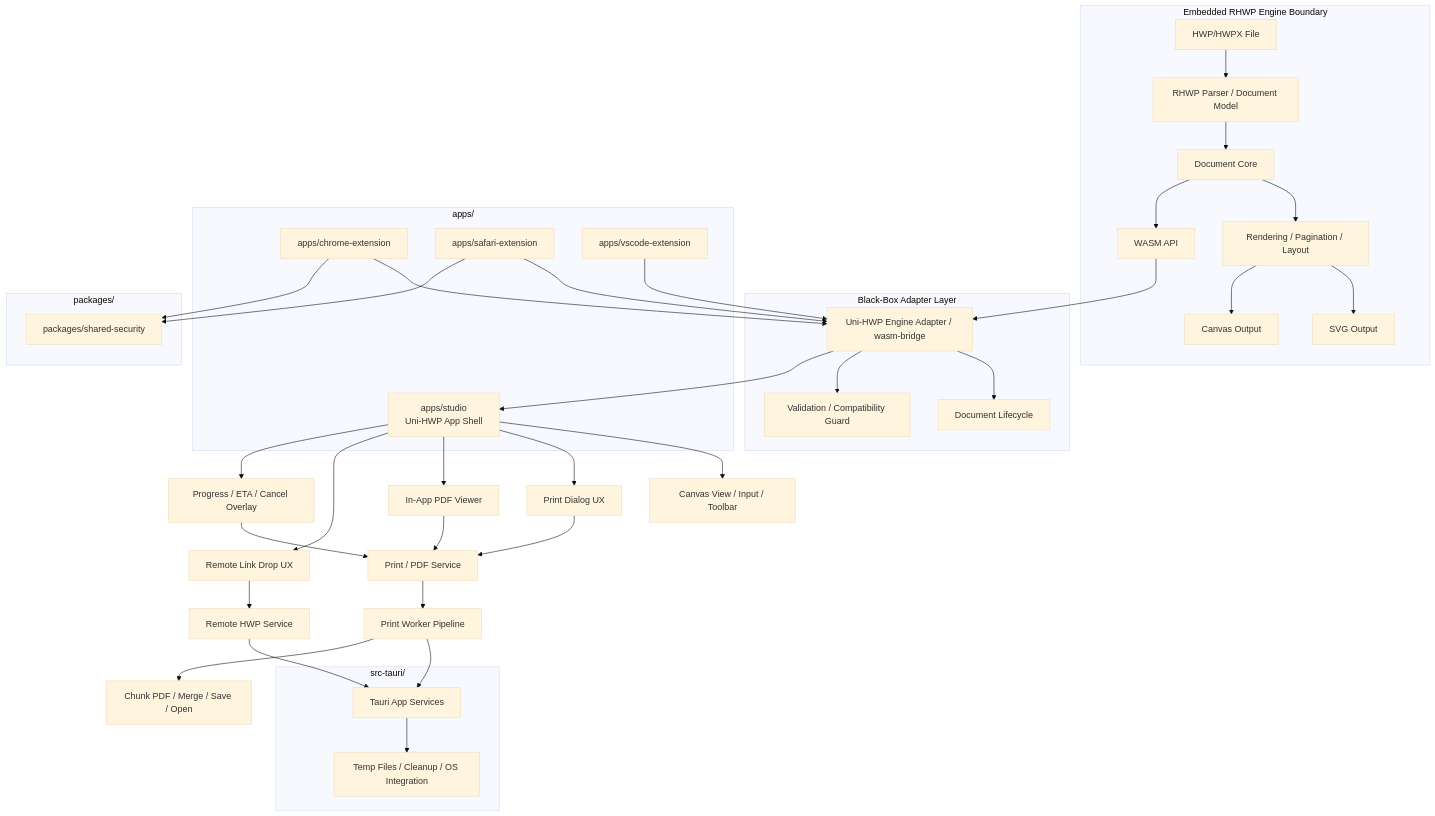
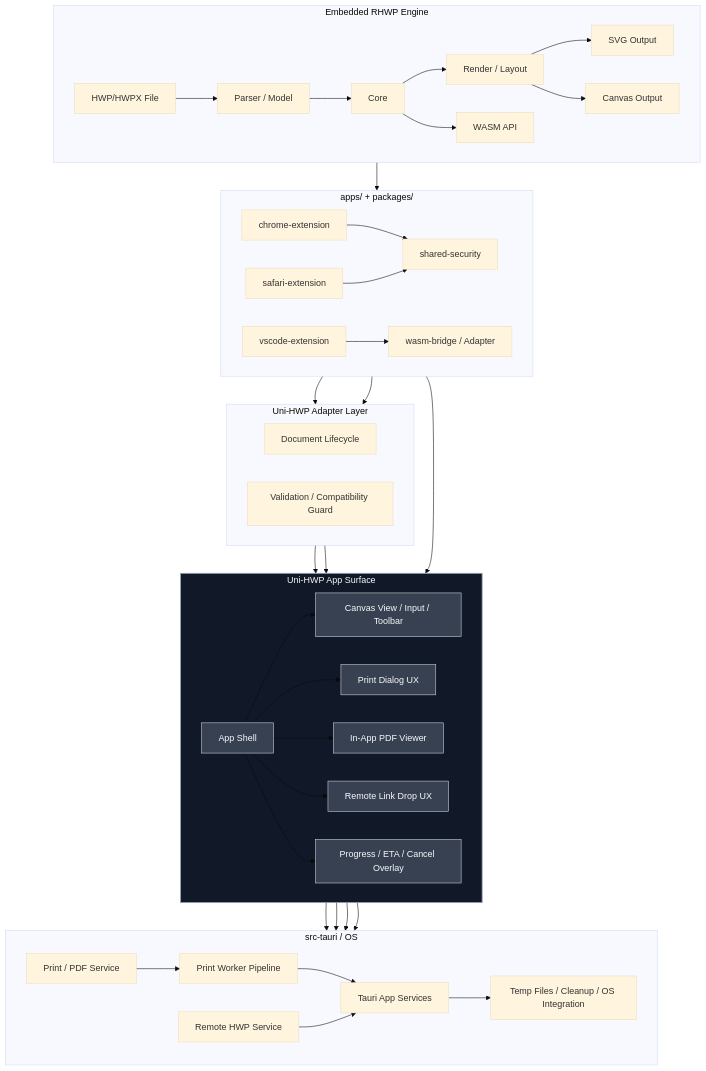
Before and after one commit to seonzzang/uni-hwp: the diagram in README.md, drawn with Mermaid (base theme). The commit also changed other lines of this file and 5 other files, not shown here.

Commit message:
docs: align versioning and architecture notes

````diff
--- a/README.md
+++ b/README.md
@@ -113,57 +150,50 @@
 ```mermaid
-graph TB
-    subgraph EngineBoundary["Embedded RHWP Engine Boundary"]
-        HWP["HWP/HWPX File"] --> Engine["RHWP Parser / Document Model"]
-        Engine --> Core["Document Core"]
-        Core --> Render["Rendering / Pagination / Layout"]
-        Render --> SVG["SVG Output"]
-        Render --> Canvas["Canvas Output"]
-        Core --> WASM["WASM API"]
-    end
+flowchart TB
+  subgraph Engine["Embedded RHWP Engine"]
+    direction LR
+    F["HWP/HWPX File"] --> P["Parser / Model"] --> C["Core"] --> R["Render / Layout"]
+    C --> W["WASM API"]
+    R --> S["SVG Output"]
+    R --> A["Canvas Output"]
+  end
 
-    subgraph AdapterLayer["Black-Box Adapter Layer"]
-        WASM --> Adapter["Uni-HWP Engine Adapter / wasm-bridge"]
-        Adapter --> Lifecycle["Document Lifecycle"]
-        Adapter --> Validation["Validation / Compatibility Guard"]
-    end
+  subgraph Extensions["apps/ + packages/"]
+    direction LR
+    CH["chrome-extension"] --> SEC["shared-security"]
+    SA["safari-extension"] --> SEC
+    VS["vscode-extension"] --> X
+  end
 
-    subgraph Apps["apps/"]
-        Studio["apps/studio<br/>Uni-HWP App Shell"]
-        Chrome["apps/chrome-extension"]
-        Safari["apps/safari-extension"]
-        VSCode["apps/vscode-extension"]
-    end
+  subgraph Bridge["Uni-HWP Adapter Layer"]
+    direction LR
+    W --> X["wasm-bridge / Adapter"] --> L["Document Lifecycle"]
+    X --> V["Validation / Compatibility Guard"]
+  end
 
-    subgraph Packages["packages/"]
-        Security["packages/shared-security"]
-    end
+  subgraph Surface["Uni-HWP App Surface"]
+    direction LR
+    SH["App Shell"] --> VU["Canvas View / Input / Toolbar"]
+    SH --> PD["Print Dialog UX"]
+    SH --> PV["In-App PDF Viewer"]
+    SH --> RL["Remote Link Drop UX"]
+    SH --> ET["Progress / ETA / Cancel Overlay"]
+  end
 
-    subgraph Desktop["src-tauri/"]
-        Tauri["Tauri App Services"]
-        OS["Temp Files / Cleanup / OS Integration"]
-    end
+  subgraph Desktop["src-tauri / OS"]
+    direction LR
+    PD --> PS["Print / PDF Service"] --> PW["Print Worker Pipeline"] --> T["Tauri App Services"] --> O["Temp Files / Cleanup / OS Integration"]
+    PV --> PS
+    ET --> PS
+    RL --> RH["Remote HWP Service"] --> T
+  end
 
-    Adapter --> Studio
-    Studio --> View["Canvas View / Input / Toolbar"]
-    Studio --> PrintDialog["Print Dialog UX"]
-    Studio --> PDFViewer["In-App PDF Viewer"]
-    Studio --> LinkDrop["Remote Link Drop UX"]
-    Studio --> Progress["Progress / ETA / Cancel Overlay"]
+  X --> SH
+  L --> SH
+  V --> SH
 
-    Chrome --> Adapter
-    Safari --> Adapter
-    VSCode --> Adapter
-    Chrome --> Security
-    Safari --> Security
+  classDef surfaceBox fill:#111827,stroke:#94a3b8,color:#f8fafc,stroke-width:1.5px;
+  classDef surfaceNode fill:#374151,stroke:#cbd5e1,color:#f8fafc,stroke-width:1px;
 
-    PrintDialog --> PrintService["Print / PDF Service"]
-    PDFViewer --> PrintService
-    Progress --> PrintService
-    LinkDrop --> RemoteService["Remote HWP Service"]
-
-    PrintService --> Worker["Print Worker Pipeline"]
-    Worker --> Tauri
-    RemoteService --> Tauri
-    Tauri --> OS
-    Worker --> PDF["Chunk PDF / Merge / Save / Open"]
+  class Surface surfaceBox;
+  class SH,VU,PD,PV,RL,ET surfaceNode;
 ```
````
